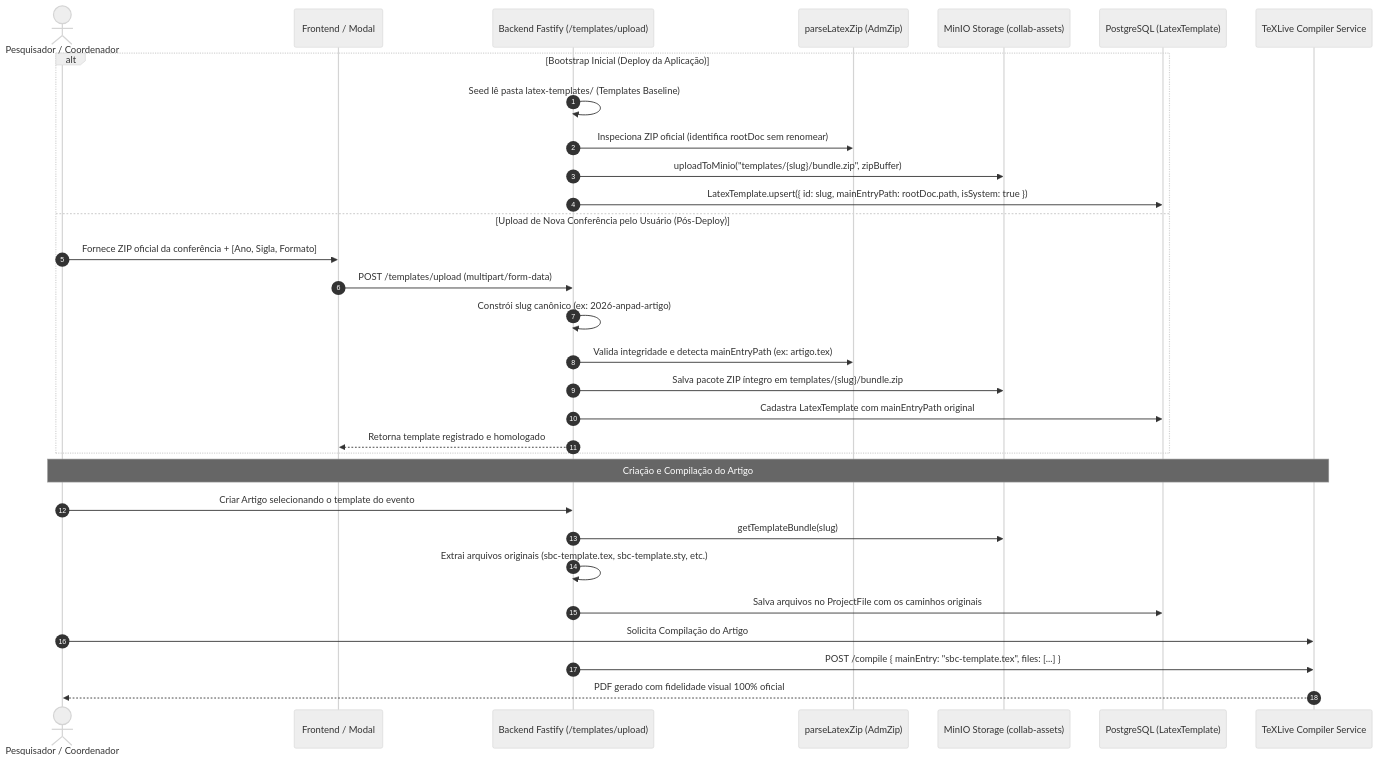
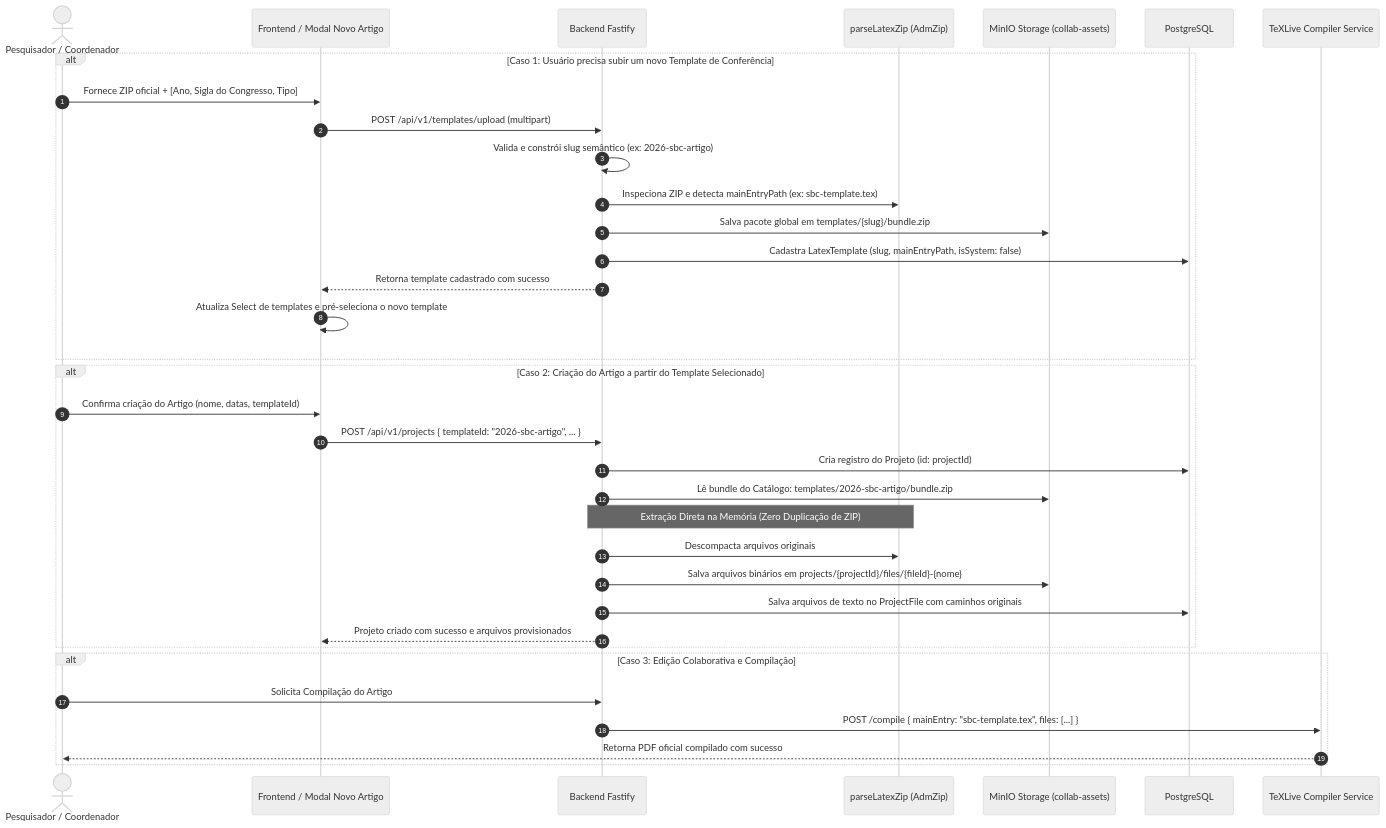
Before and after one commit to Digital-Analytics-Apps/sci-latex-vscode-ai: the diagram in docs/planning/adrs/adr-017-latex-templates-governance-and-storage-architecture.md, drawn with Mermaid (neutral theme). The commit also changed other lines of this file and 23 other files, not shown here.

First line of the commit message:
feat(templates): implement ADR-017 semantic slug upload, clean catalog and direct extraction

````diff
--- a/docs/planning/adrs/adr-017-latex-templates-governance-and-storage-architecture.md
+++ b/docs/planning/adrs/adr-017-latex-templates-governance-and-storage-architecture.md
@@ -107,35 +132,40 @@
 ```mermaid
 sequenceDiagram
     autonumber
     actor User as Pesquisador / Coordenador
-    participant Web as Frontend / Modal
-    participant API as Backend Fastify (/templates/upload)
+    participant Web as Frontend / Modal Novo Artigo
+    participant API as Backend Fastify
     participant Parser as parseLatexZip (AdmZip)
     participant MinIO as MinIO Storage (collab-assets)
-    participant DB as PostgreSQL (LatexTemplate)
+    participant DB as PostgreSQL
     participant Comp as TeXLive Compiler Service
 
-    alt Bootstrap Inicial (Deploy da Aplicação)
-        API->>API: Seed lê pasta latex-templates/ (Templates Baseline)
-        API->>Parser: Inspeciona ZIP oficial (identifica rootDoc sem renomear)
-        API->>MinIO: uploadToMinio("templates/{slug}/bundle.zip", zipBuffer)
-        API->>DB: LatexTemplate.upsert({ id: slug, mainEntryPath: rootDoc.path, isSystem: true })
-    else Upload de Nova Conferência pelo Usuário (Pós-Deploy)
-        User->>Web: Fornece ZIP oficial da conferência + [Ano, Sigla, Formato]
-        Web->>API: POST /templates/upload (multipart/form-data)
-        API->>API: Constrói slug canônico (ex: 2026-anpad-artigo)
-        API->>Parser: Valida integridade e detecta mainEntryPath (ex: artigo.tex)
-        API->>MinIO: Salva pacote ZIP íntegro em templates/{slug}/bundle.zip
-        API->>DB: Cadastra LatexTemplate com mainEntryPath original
-        API-->>Web: Retorna template registrado e homologado
+    alt Caso 1: Usuário precisa subir um novo Template de Conferência
+        User->>Web: Fornece ZIP oficial + [Ano, Sigla do Congresso, Tipo]
+        Web->>API: POST /api/v1/templates/upload (multipart)
+        API->>API: Valida e constrói slug semântico (ex: 2026-sbc-artigo)
+        API->>Parser: Inspeciona ZIP e detecta mainEntryPath (ex: sbc-template.tex)
+        API->>MinIO: Salva pacote global em templates/{slug}/bundle.zip
+        API->>DB: Cadastra LatexTemplate (slug, mainEntryPath, isSystem: false)
+        API-->>Web: Retorna template cadastrado com sucesso
+        Web->>Web: Atualiza Select de templates e pré-seleciona o novo template
     end
 
-    Note over User,Comp: Criação e Compilação do Artigo
-    User->>API: Criar Artigo selecionando o template do evento
-    API->>MinIO: getTemplateBundle(slug)
-    API->>API: Extrai arquivos originais (sbc-template.tex, sbc-template.sty, etc.)
-    API->>DB: Salva arquivos no ProjectFile com os caminhos originais
-    User->>Comp: Solicita Compilação do Artigo
-    API->>Comp: POST /compile { mainEntry: "sbc-template.tex", files: [...] }
-    Comp-->>User: PDF gerado com fidelidade visual 100% oficial
+    alt Caso 2: Criação do Artigo a partir do Template Selecionado
+        User->>Web: Confirma criação do Artigo (nome, datas, templateId)
+        Web->>API: POST /api/v1/projects { templateId: "2026-sbc-artigo", ... }
+        API->>DB: Cria registro do Projeto (id: projectId)
+        API->>MinIO: Lê bundle do Catálogo: templates/2026-sbc-artigo/bundle.zip
+        Note over API,Parser: Extração Direta na Memória (Zero Duplicação de ZIP)
+        API->>Parser: Descompacta arquivos originais
+        API->>MinIO: Salva arquivos binários em projects/{projectId}/files/{fileId}-{nome}
+        API->>DB: Salva arquivos de texto no ProjectFile com caminhos originais
+        API-->>Web: Projeto criado com sucesso e arquivos provisionados
+    end
+
+    alt Caso 3: Edição Colaborativa e Compilação
+        User->>API: Solicita Compilação do Artigo
+        API->>Comp: POST /compile { mainEntry: "sbc-template.tex", files: [...] }
+        Comp-->>User: Retorna PDF oficial compilado com sucesso
+    end
 ```
````
